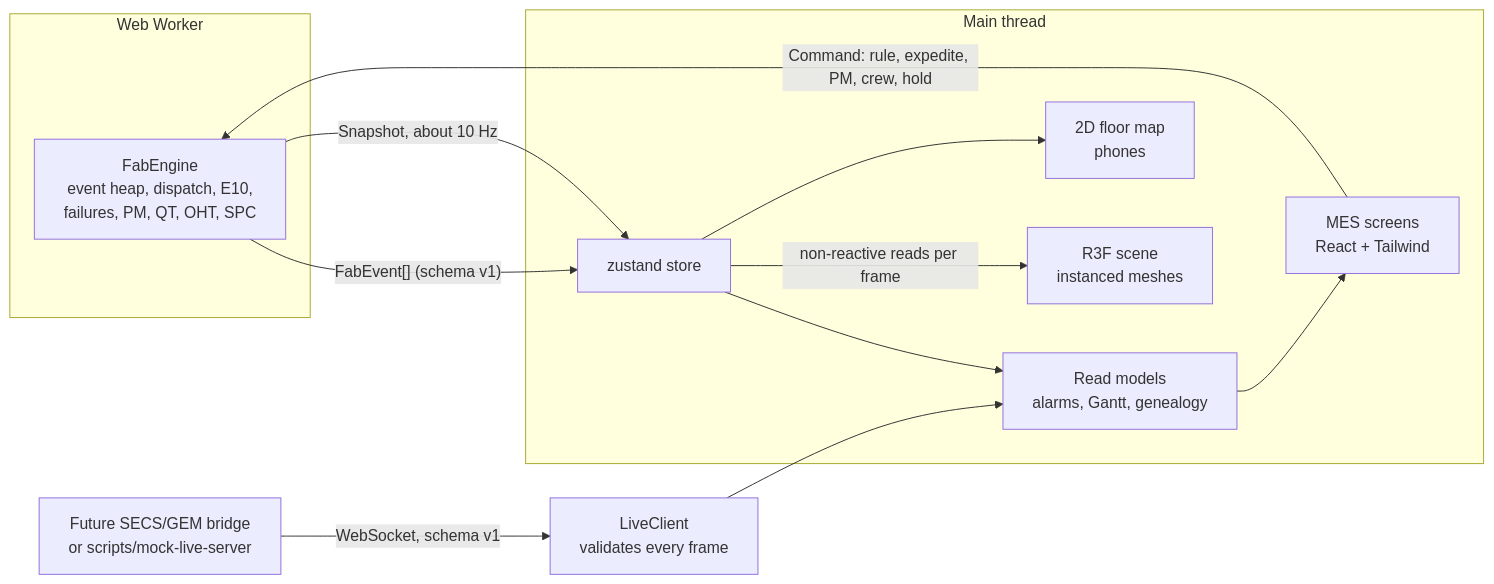
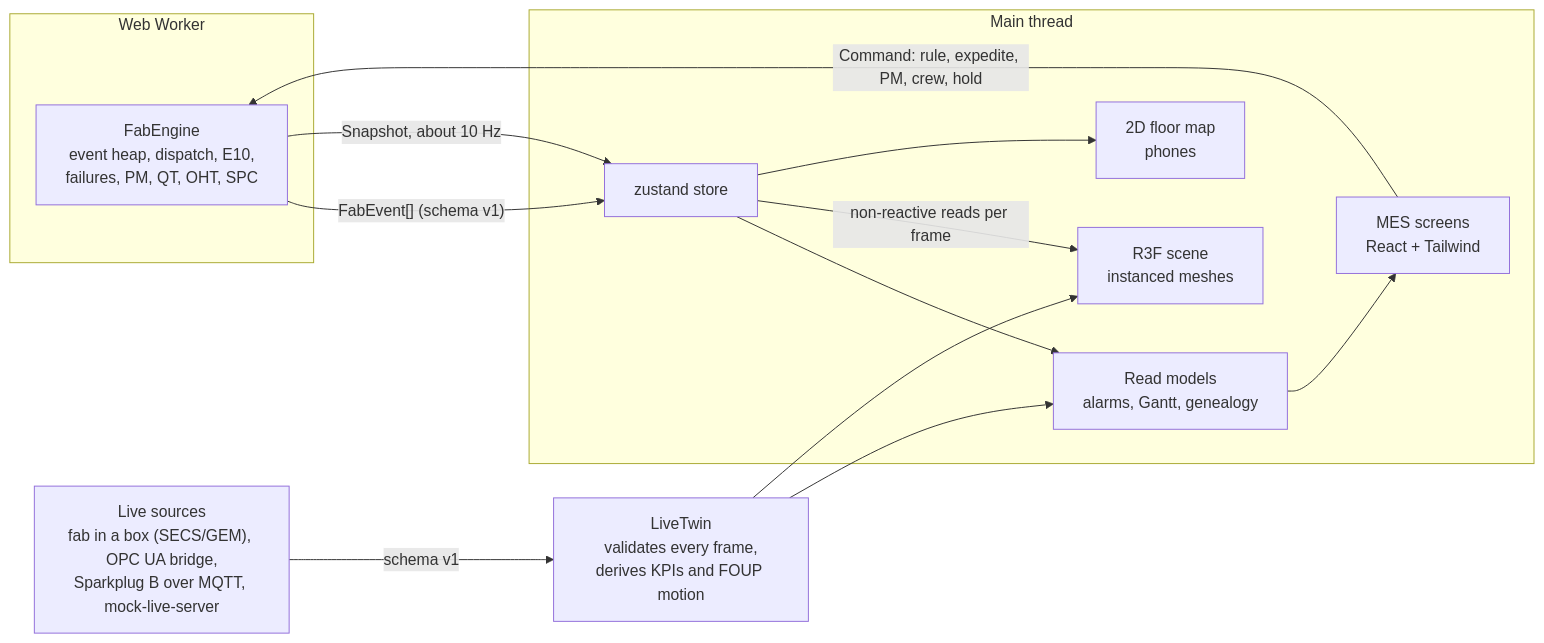
Before and after one commit to mrz-mz-nrzngr/fabtwin: the diagram in README.md, drawn with Mermaid. The commit also changed other lines of this file and 1 other file, not shown here.

Commit message:
README and DESIGN: integrations, live mode, MES API, keyboard, fab in a box, limitations, no light theme reason

````diff
--- a/README.md
+++ b/README.md
@@ -25,22 +29,23 @@
 ```mermaid
 flowchart LR
   subgraph Worker["Web Worker"]
     E["FabEngine<br/>event heap, dispatch, E10,<br/>failures, PM, QT, OHT, SPC"]
   end
   subgraph Main["Main thread"]
     S["zustand store"]
     R["Read models<br/>alarms, Gantt, genealogy"]
     UI["MES screens<br/>React + Tailwind"]
     T["R3F scene<br/>instanced meshes"]
     M["2D floor map<br/>phones"]
   end
-  B["Future SECS/GEM bridge<br/>or scripts/mock-live-server"]
+  B["Live sources<br/>fab in a box (SECS/GEM), OPC UA bridge,<br/>Sparkplug B over MQTT, mock-live-server"]
   E -- "FabEvent[] (schema v1)" --> S
   E -- "Snapshot, about 10 Hz" --> S
   S --> R --> UI
   S -- "non-reactive reads per frame" --> T
   S --> M
   UI -- "Command: rule, expedite, PM, crew, hold" --> E
-  B -- "WebSocket, schema v1" --> L["LiveClient<br/>validates every frame"]
+  B -- "schema v1" --> L["LiveTwin<br/>validates every frame,<br/>derives KPIs and FOUP motion"]
   L --> R
+  L --> T
 ```
````
